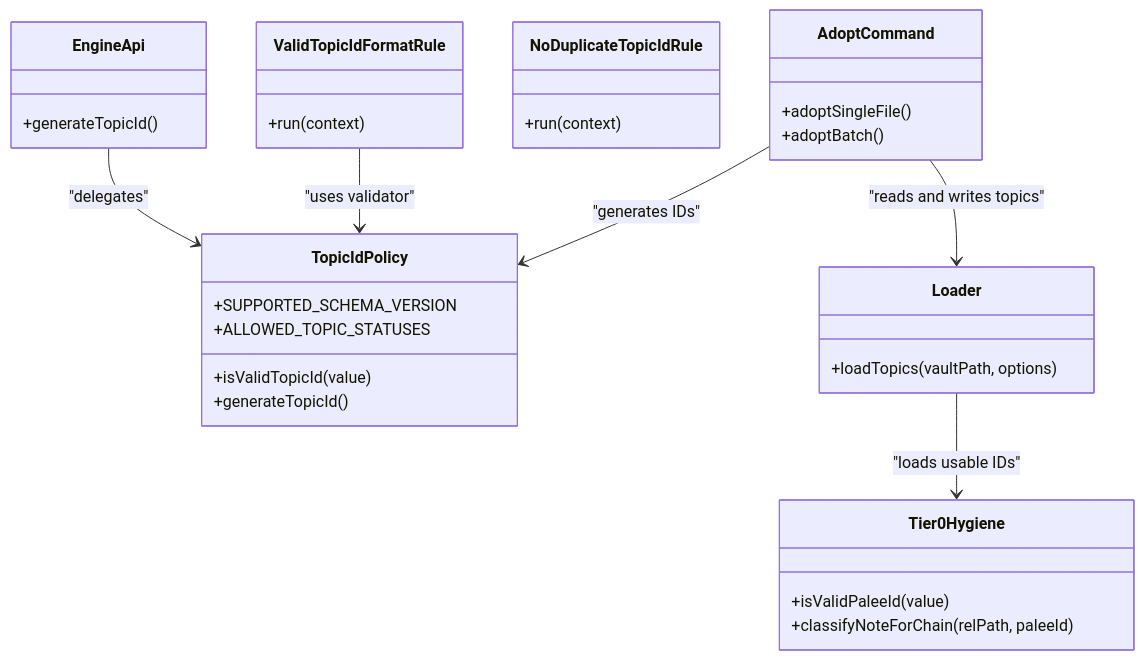
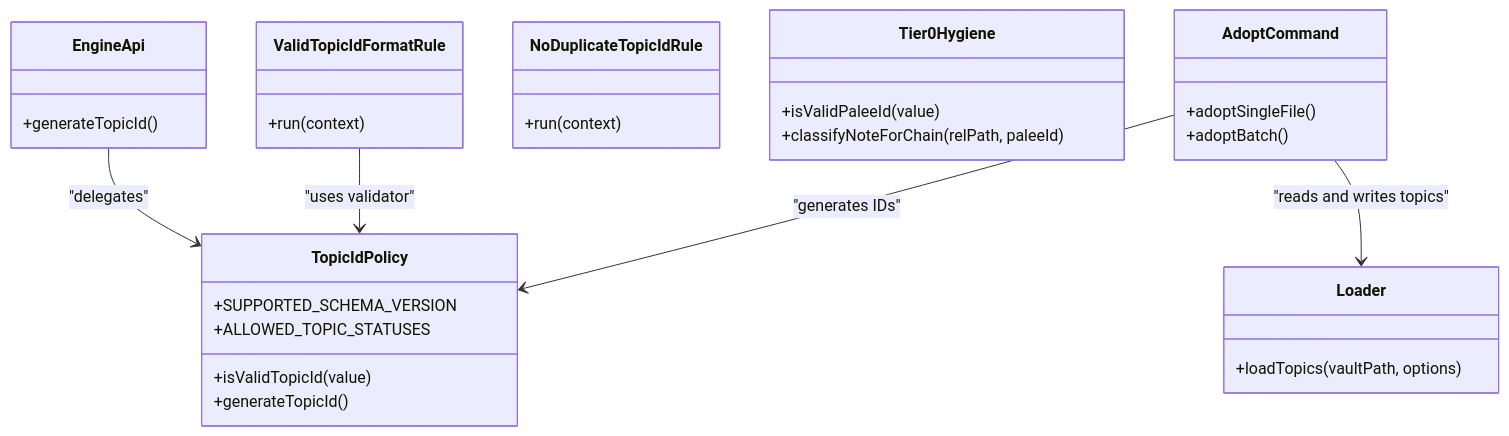
One commit to Kuldeep2822k/palee-architecture changed the fifth of 6 diagrams in Core Engine/Topic ID Management.md. Above: the diagram before and after it, drawn with Mermaid. The commit also changed other lines of this file and 76 other files, not shown here.

````diff
--- a/Core Engine/Topic ID Management.md
+++ b/Core Engine/Topic ID Management.md
@@ -361,41 +289,40 @@
 ```mermaid
 classDiagram
   class TopicIdPolicy {
     +SUPPORTED_SCHEMA_VERSION
     +ALLOWED_TOPIC_STATUSES
     +isValidTopicId(value)
     +generateTopicId()
   }
 
   class EngineApi {
     +generateTopicId()
   }
 
   class ValidTopicIdFormatRule {
     +run(context)
   }
 
   class NoDuplicateTopicIdRule {
     +run(context)
   }
 
   class Loader {
     +loadTopics(vaultPath, options)
   }
 
   class Tier0Hygiene {
     +isValidPaleeId(value)
     +classifyNoteForChain(relPath, paleeId)
   }
 
   class AdoptCommand {
     +adoptSingleFile()
     +adoptBatch()
   }
 
   EngineApi --> TopicIdPolicy : "delegates"
   ValidTopicIdFormatRule --> TopicIdPolicy : "uses validator"
-  Loader --> Tier0Hygiene : "loads usable IDs"
   AdoptCommand --> TopicIdPolicy : "generates IDs"
   AdoptCommand --> Loader : "reads and writes topics"
 ```
````
